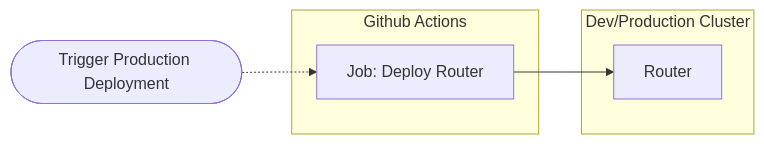
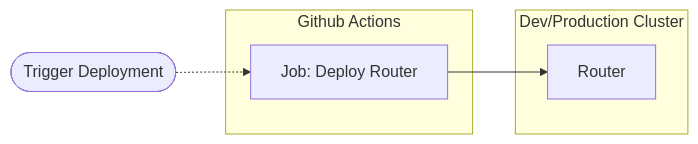
Before and after one commit to apollographql/docs: the ninth of 12 diagrams in src/content/graphos/enterprise/reference-architecture.mdx, drawn with Mermaid. The commit also changed other lines of this file, not shown here.

````diff
--- a/src/content/graphos/enterprise/reference-architecture.mdx
+++ b/src/content/graphos/enterprise/reference-architecture.mdx
@@ -413,15 +415,15 @@
 ```mermaid
 flowchart LR
-  trigger(["Trigger Production Deployment"])
+  trigger(["Trigger Deployment"])
 
   subgraph githubactions["Github Actions"]
     deploy["Job: Deploy Router"]
   end
 
   subgraph cluster["Dev/Production Cluster"]
     router["Router"]
   end
 
   trigger -.-> deploy
   deploy --> router
 ```
````
